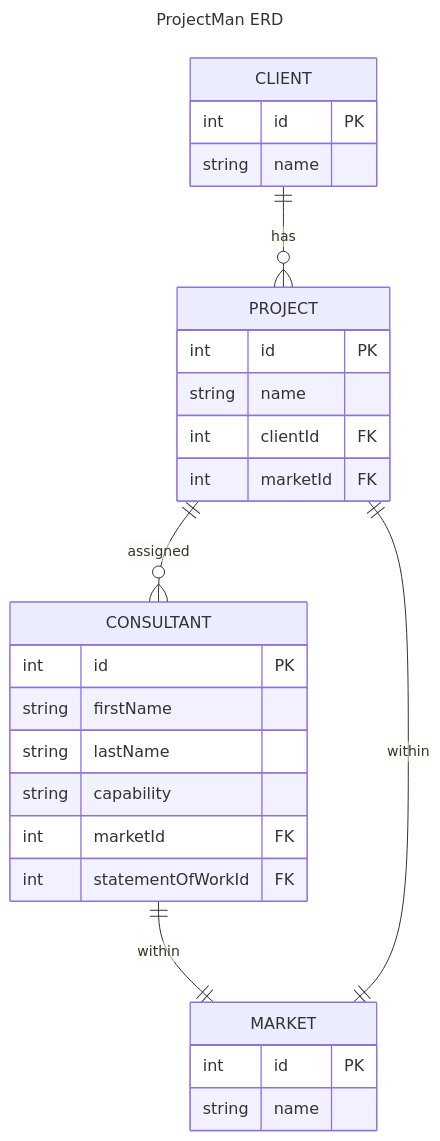
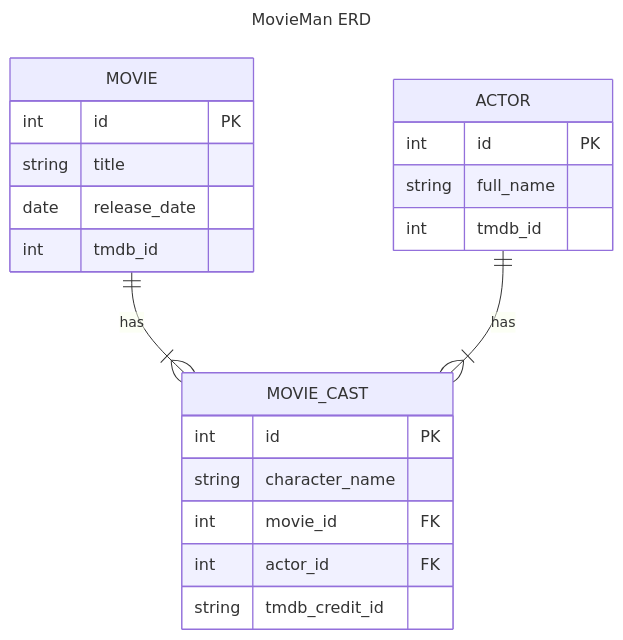
The diagram in documentation/DatabaseEntityRelationships.md (joseeliaschavez/java-rest-api-template), drawn with Mermaid before and after one commit. The commit also changed 48 other files, not shown here.

````diff
--- a/documentation/DatabaseEntityRelationships.md
+++ b/documentation/DatabaseEntityRelationships.md
@@ -3,32 +3,26 @@
 ```mermaid
 ---
-title: ProjectMan ERD
+title: MovieMan ERD
 ---
 erDiagram
-    CLIENT ||--o{ PROJECT : has
-    CLIENT {
+    MOVIE ||--|{ MOVIE_CAST : has
+    MOVIE {
         int id PK
-        string name
+        string title
+        date release_date
+        int tmdb_id
     }
-    PROJECT {
+    ACTOR ||--|{ MOVIE_CAST: has
+    ACTOR {
         int id PK
-        string name
-        int clientId FK
-        int marketId FK
+        string full_name
+        int tmdb_id
     }
-    PROJECT ||--o{ CONSULTANT : assigned
-    CONSULTANT {
+    MOVIE_CAST {
         int id PK
-        string firstName
-        string lastName
-        string capability
-        int marketId FK
-        int statementOfWorkId FK
-    }
-    CONSULTANT ||--|| MARKET : within
-    PROJECT ||--|| MARKET : within
-    MARKET {
-        int id PK
-        string name
+        string character_name
+        int movie_id FK
+        int actor_id FK
+        string tmdb_credit_id
     }
 ```
````
